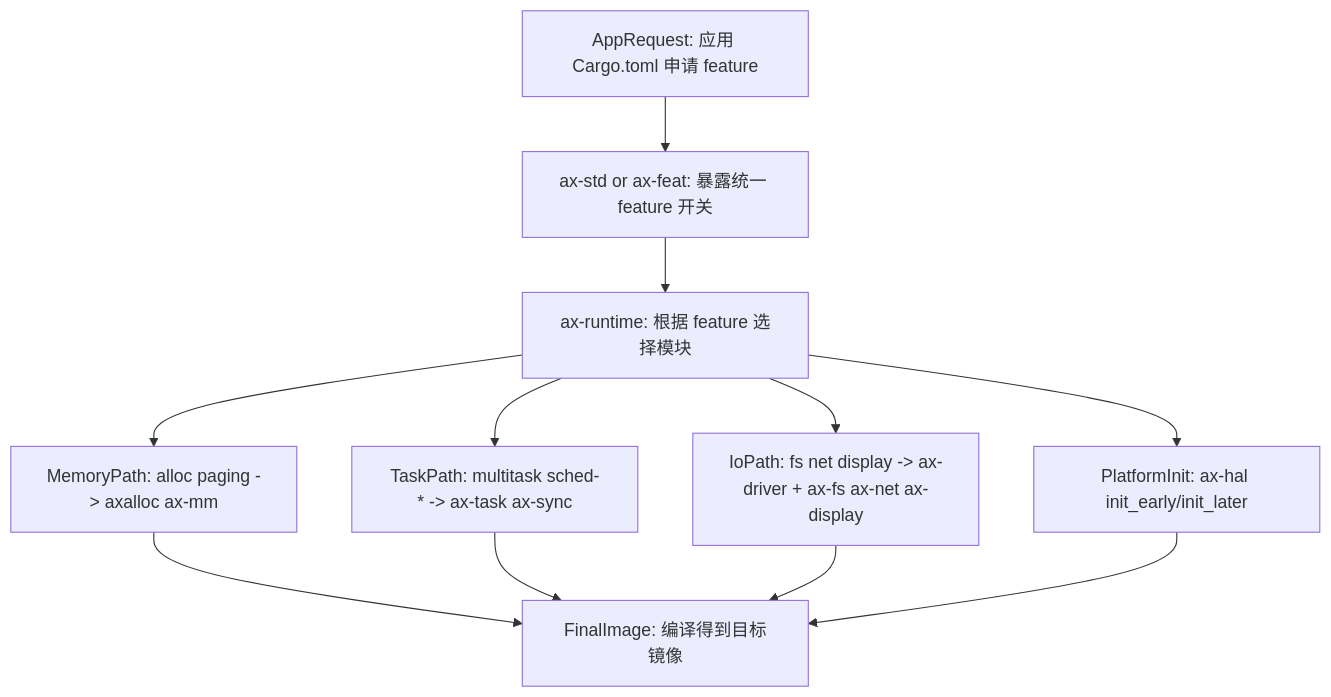
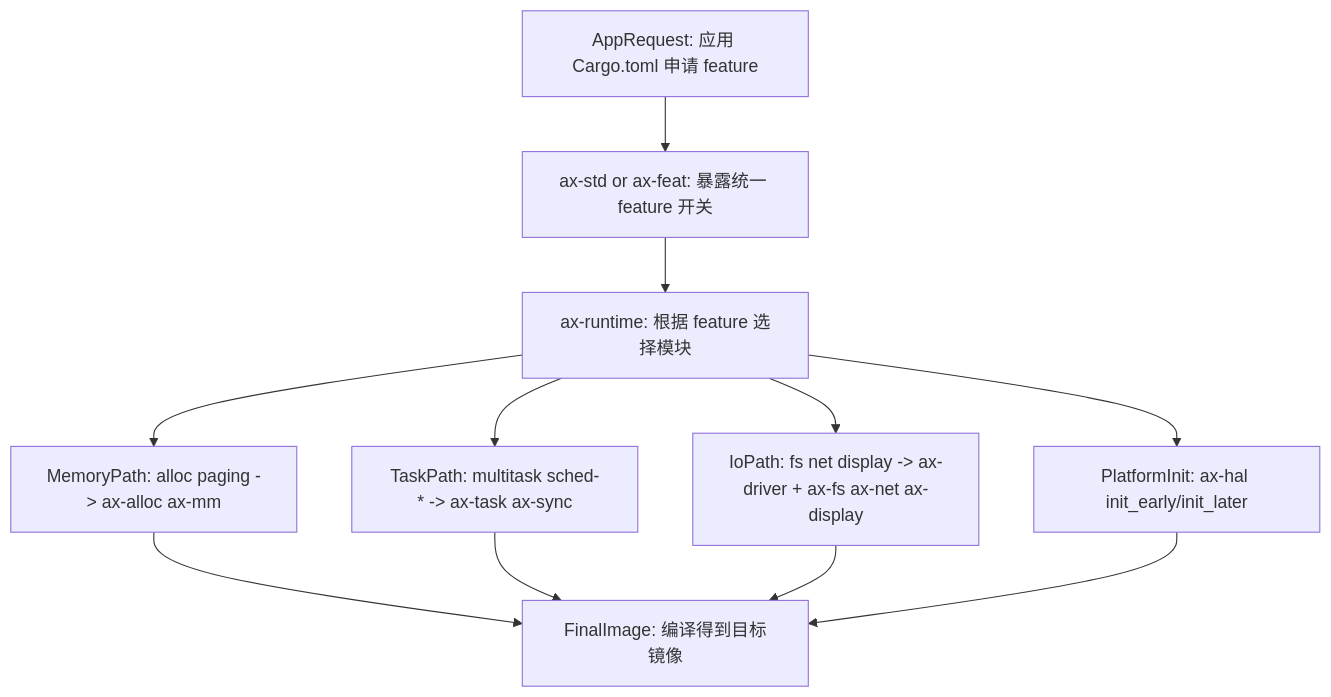
One commit to zKurisu/tgoskits changed the second of 5 diagrams in docs/arceos-internals.md. Above: the diagram before and after it, drawn with Mermaid. The commit also changed other lines of this file and 75 other files, not shown here.

Commit message:
rename axalloc to ax-alloc

````diff
--- a/docs/arceos-internals.md
+++ b/docs/arceos-internals.md
@@ -122,22 +122,22 @@
 ```mermaid
 flowchart TD
     appRequest["AppRequest: 应用 Cargo.toml 申请 feature"]
     axstdAxfeat["ax-std or ax-feat: 暴露统一 feature 开关"]
     runtimeGate["ax-runtime: 根据 feature 选择模块"]
-    memPath["MemoryPath: alloc paging -> axalloc ax-mm"]
+    memPath["MemoryPath: alloc paging -> ax-alloc ax-mm"]
     taskPath["TaskPath: multitask sched-* -> ax-task ax-sync"]
     ioPath["IoPath: fs net display -> ax-driver + ax-fs ax-net ax-display"]
     platformInit["PlatformInit: ax-hal init_early/init_later"]
     finalImage["FinalImage: 编译得到目标镜像"]
 
     appRequest --> axstdAxfeat
     axstdAxfeat --> runtimeGate
     runtimeGate --> memPath
     runtimeGate --> taskPath
     runtimeGate --> ioPath
     runtimeGate --> platformInit
     memPath --> finalImage
     taskPath --> finalImage
     ioPath --> finalImage
     platformInit --> finalImage
 ```
````
